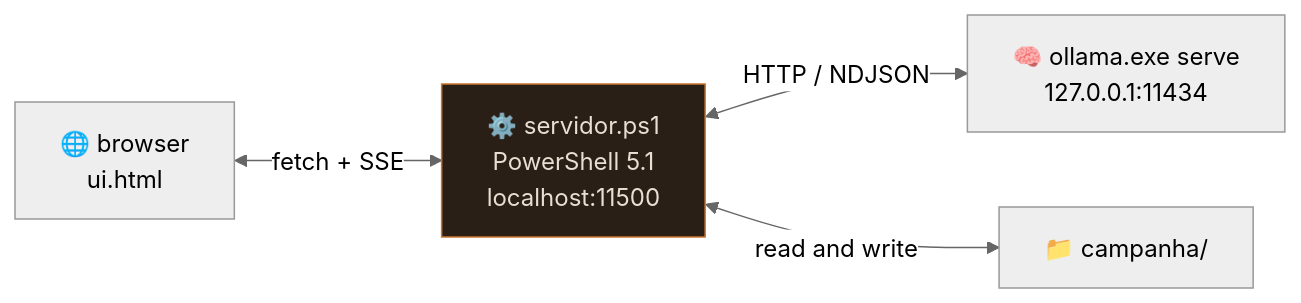
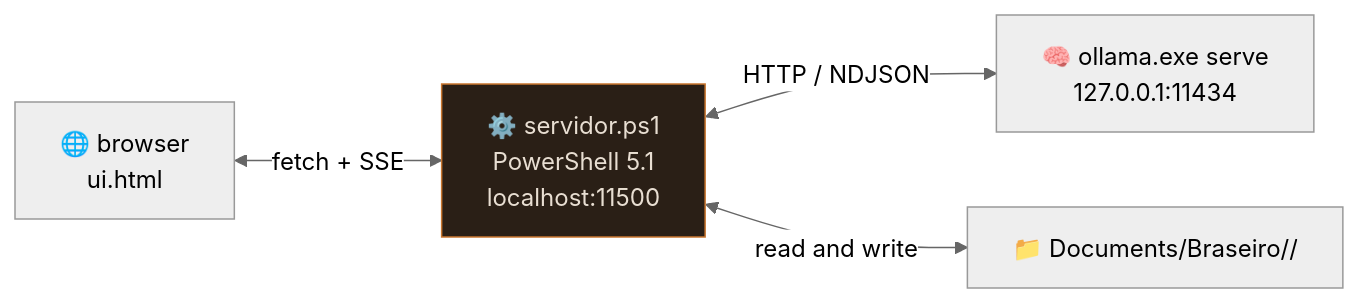
The first of 2 diagrams in docs/arquitetura.en.md (madeiragab/braseiro), drawn with Mermaid (neutral theme) before and after one commit. The commit also changed other lines of this file and 15 other files, not shown here.

````diff
--- a/docs/arquitetura.en.md
+++ b/docs/arquitetura.en.md
@@ -7,13 +7,13 @@
 ```mermaid
 flowchart LR
     N["🌐 browser<br/>ui.html"]
     S["⚙️ servidor.ps1<br/>PowerShell 5.1<br/>localhost:11500"]
     O["🧠 ollama.exe serve<br/>127.0.0.1:11434"]
-    D["📁 campanha/"]
+    D["📁 Documents/Braseiro/<campaign>/"]
 
     N <-->|"fetch + SSE"| S
     S <-->|"HTTP / NDJSON"| O
     S <-->|"read and write"| D
 
     style S fill:#2a1f16,stroke:#c9762f,color:#e8ded2
 ```
````
